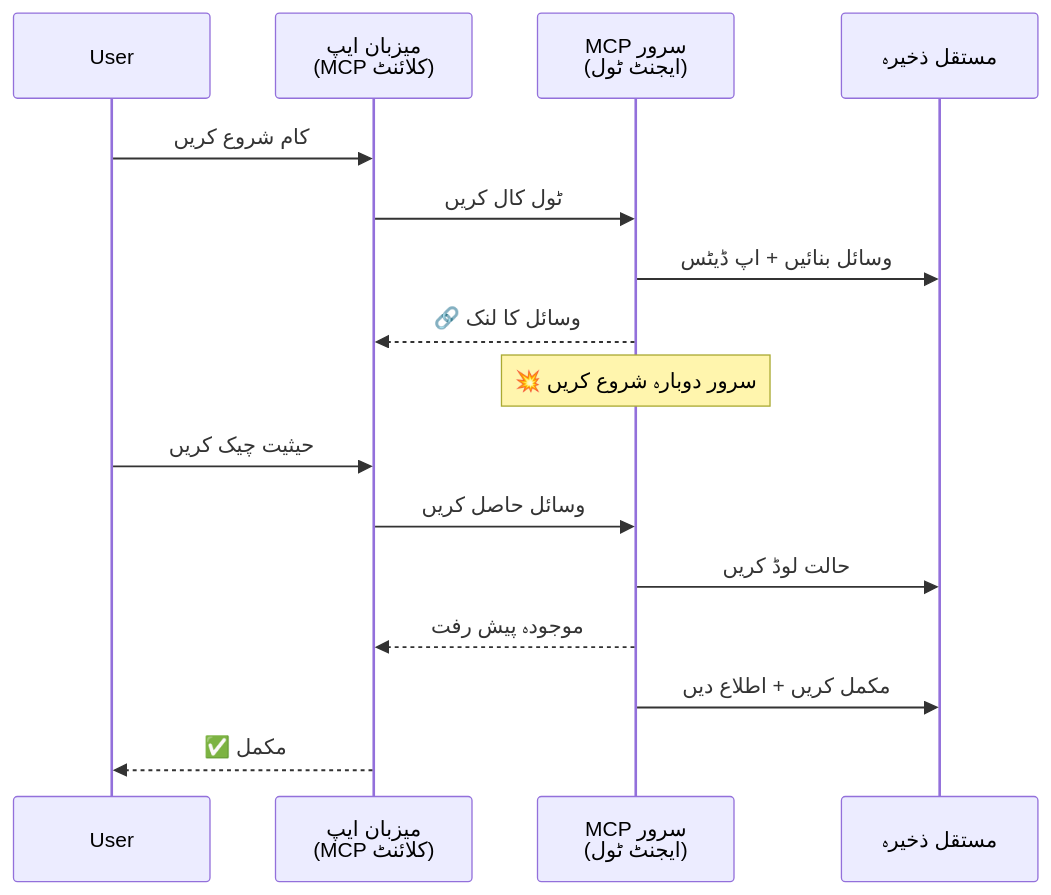
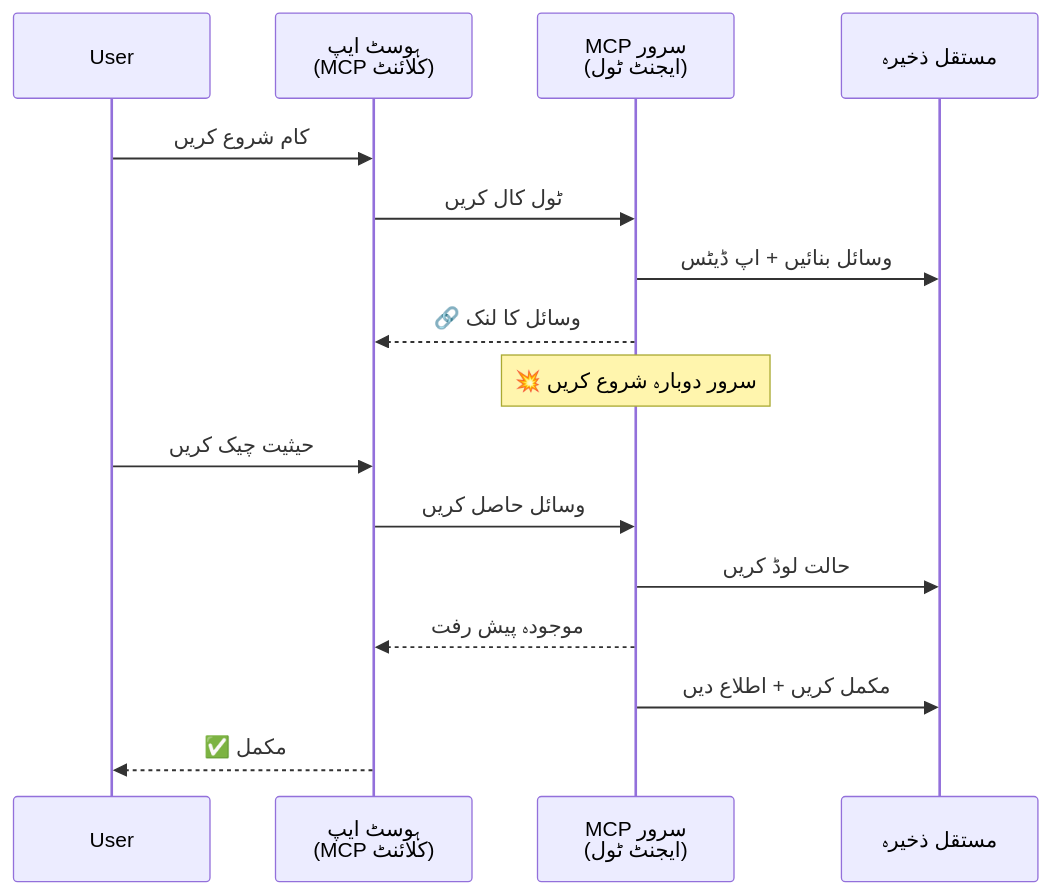
Before and after one commit to gabrielmoreira/agent-skills-mirror: the third of 5 diagrams in mirrors/repos/microsoft@ai-agents-for-beginners/translations/ur/11-agentic-protocols/code_samples/mcp-agents/README.md, drawn with Mermaid. The commit also changed other lines of this file and 4262 other files, not shown here.

````diff
--- a/mirrors/repos/microsoft@ai-agents-for-beginners/translations/ur/11-agentic-protocols/code_samples/mcp-agents/README.md
+++ b/mirrors/repos/microsoft@ai-agents-for-beginners/translations/ur/11-agentic-protocols/code_samples/mcp-agents/README.md
@@ -123,21 +123,21 @@
 ```mermaid
 sequenceDiagram
     participant User
-    participant Host as میزبان ایپ<br/>(MCP کلائنٹ)
+    participant Host as ہوسٹ ایپ<br/>(MCP کلائنٹ)
     participant Server as MCP سرور<br/>(ایجنٹ ٹول)
     participant DB as مستقل ذخیرہ
 
     User->>Host: کام شروع کریں
     Host->>Server: ٹول کال کریں
     Server->>DB: وسائل بنائیں + اپ ڈیٹس
     Server-->>Host: 🔗 وسائل کا لنک
 
     Note over Server: 💥 سرور دوبارہ شروع کریں
 
     User->>Host: حیثیت چیک کریں
     Host->>Server: وسائل حاصل کریں
     Server->>DB: حالت لوڈ کریں
     Server-->>Host: موجودہ پیش رفت
     Server->>DB: مکمل کریں + اطلاع دیں
     Host-->>User: ✅ مکمل
 ```
````
